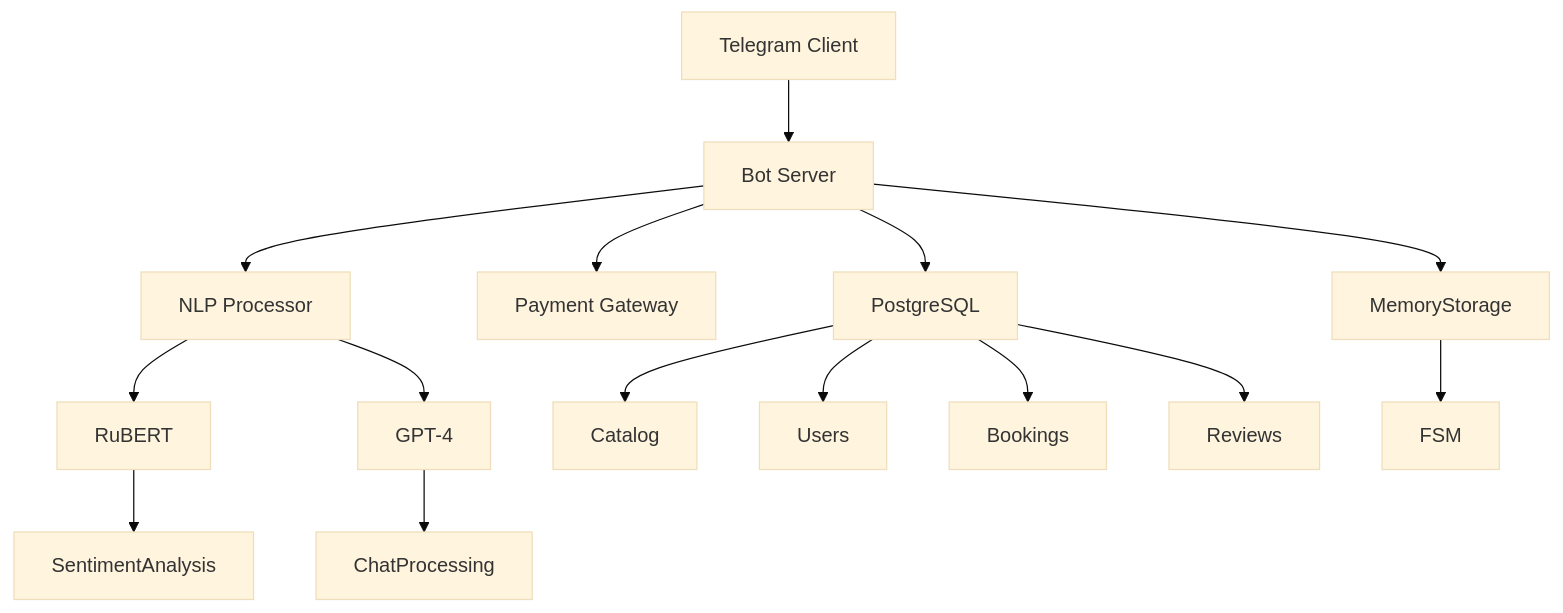
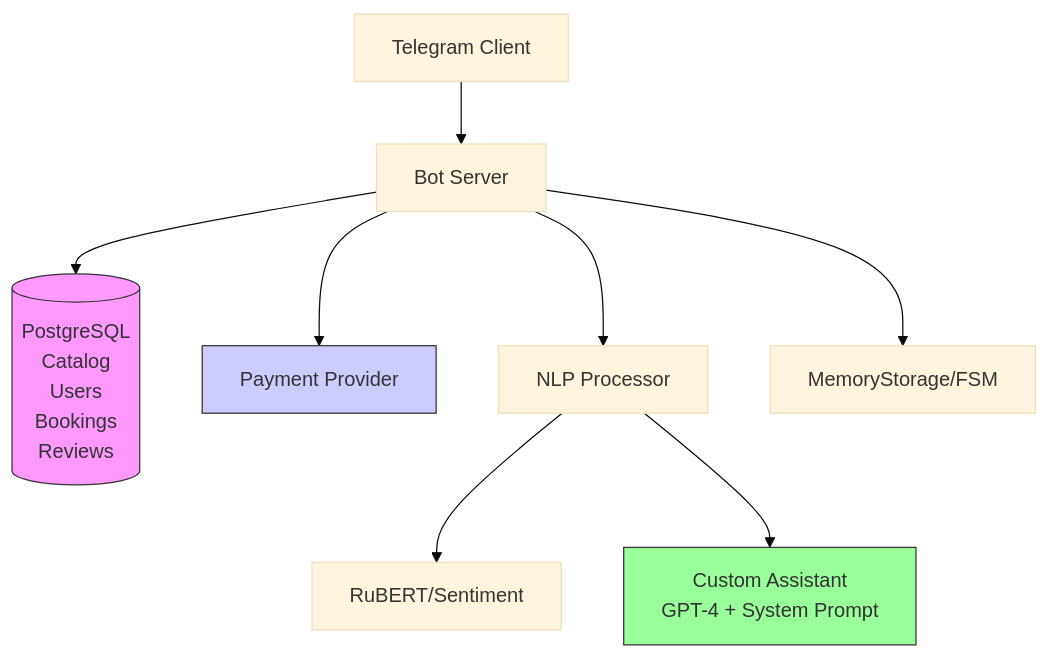
The diagram in README.md (fetgrigory/RentalsApartment_bot), drawn with Mermaid (base theme) before and after one commit.

````diff
--- a/README.md
+++ b/README.md
@@ -108,19 +108,20 @@
 ```mermaid
 graph TD
     A[Telegram Client] --> B[Bot Server]
-    B --> C[PostgreSQL]
-    B --> D[Payment Gateway]
-    B --> F[NLP Processor]
-    F --> G[RuBERT]
-    F --> H[GPT-4]
-    B --> I[MemoryStorage]
+    B --> C[(PostgreSQL
+        Catalog
+        Users
+        Bookings
+        Reviews)]
     
-    C --> Catalog
-    C --> Users
-    C --> Bookings
-    C --> Reviews
+    B --> D[Payment Provider]
+    B --> E[NLP Processor]
+    E --> F[RuBERT/Sentiment]
+    E --> G[Custom Assistant\nGPT-4 + System Prompt]
     
-    G --> SentimentAnalysis
-    H --> ChatProcessing
-    I --> FSM
+    B --> H[MemoryStorage/FSM]
+
+    style C fill:#f9f,stroke:#333
+    style D fill:#ccf,stroke:#333
+    style G fill:#9f9,stroke:#333
 ```
````
